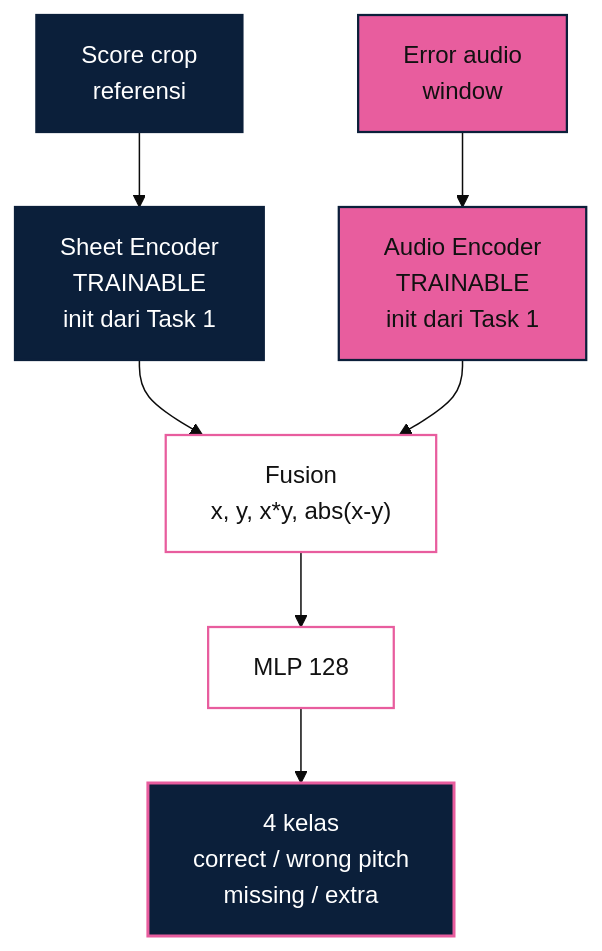
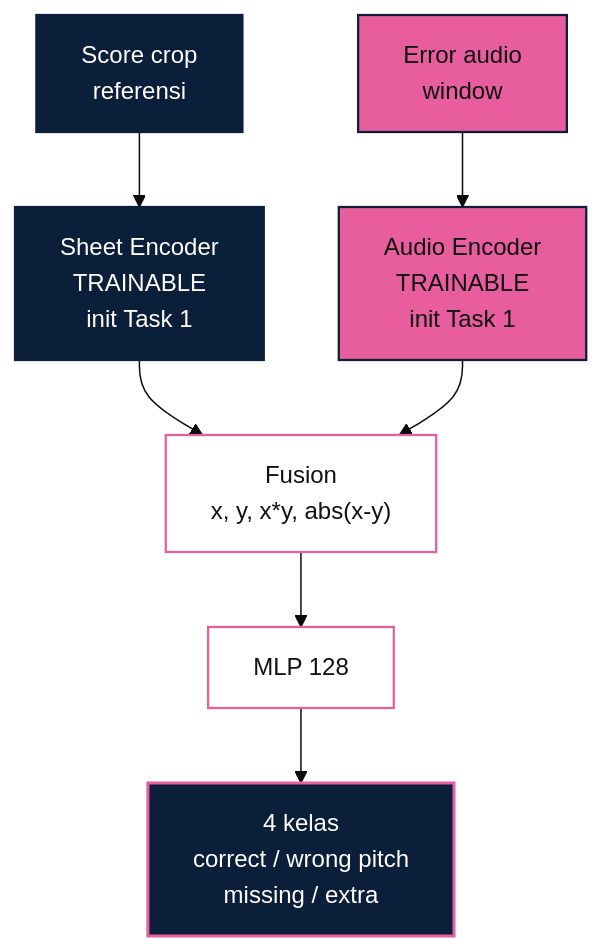
One commit to violaherfinap/msmd-learning changed the third of 4 diagrams in reports/dorfer_explained.md. Above: the diagram before and after it, drawn with Mermaid (base theme). The commit also changed other lines of this file and 5 other files, not shown here.

````diff
--- a/reports/dorfer_explained.md
+++ b/reports/dorfer_explained.md
@@ -363,19 +147,18 @@
 ```mermaid
 flowchart TB
-    S["Score crop<br/>referensi"] --> SE["Sheet Encoder<br/>TRAINABLE<br/>init dari Task 1"]
-    A["Error audio<br/>window"] --> AE["Audio Encoder<br/>TRAINABLE<br/>init dari Task 1"]
+    S["Score crop<br/>referensi"] --> SE["Sheet Encoder<br/>TRAINABLE<br/>init Task 1"]
+    A["Error audio<br/>window"] --> AE["Audio Encoder<br/>TRAINABLE<br/>init Task 1"]
     SE --> F["Fusion<br/>x, y, x*y, abs(x-y)"]
     AE --> F
     F --> M["MLP 128"]
     M --> O["4 kelas<br/>correct / wrong pitch<br/>missing / extra"]
 
     classDef navyBox fill:#0B1F3A,stroke:#0B1F3A,color:#FFFFFF,stroke-width:1.5px;
     classDef pinkBox fill:#E85D9E,stroke:#0B1F3A,color:#111111,stroke-width:1.5px;
     classDef whitePink fill:#FFFFFF,stroke:#E85D9E,color:#111111,stroke-width:1.5px;
     classDef outputBox fill:#0B1F3A,stroke:#E85D9E,color:#FFFFFF,stroke-width:2px;
-
     class S,SE navyBox;
     class A,AE pinkBox;
     class F,M whitePink;
     class O outputBox;
 ```
````
